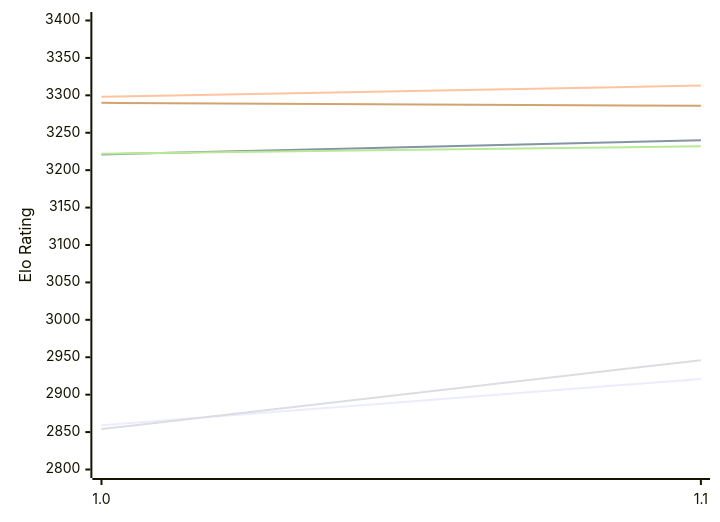
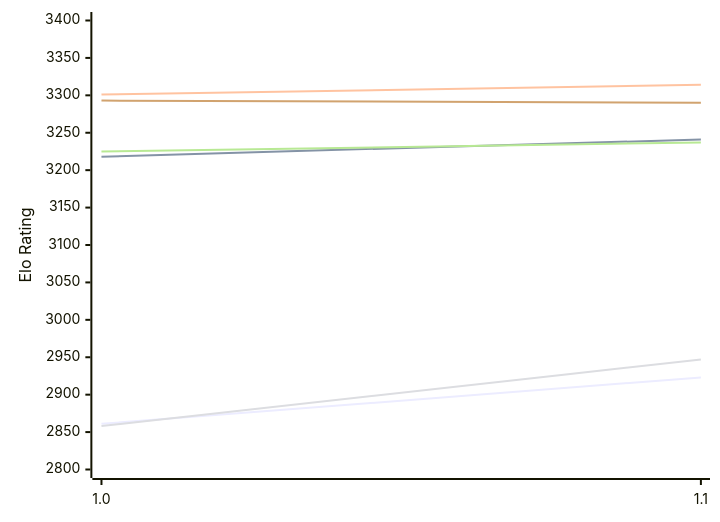
The first of 2 diagrams in engines/RodentV.md (computer-chess-index/cci), drawn with Mermaid before and after one commit. The commit also changed other lines of this file, not shown here.

Commit message:
Update CCI Ratings (ELO VLTC) - 2026-11-24

````diff
--- a/engines/RodentV.md
+++ b/engines/RodentV.md
@@ -50,12 +50,12 @@
 ```mermaid
 %%{init: {"theme":"base","themeVariables":{"seriesColors:['#a3a3a3','#222221','#faa371']}}}%%
 xychart-beta
   x-axis ["1.0", "1.1"]
   y-axis "Elo Rating" 2800 --> 3400
-  line "E1: STC (8.0+0.08s)" [2859, 2921]
-  line "E1: LTC (60.0+0.60s)" [3221, 3240]
-  line "E1: VLTC (2m24s+1.12s)" [3298, 3313]
-  line "P1: STC (8.0+0.08s)" [2854, 2946]
-  line "P1: LTC (60.0+0.60s)" [3222, 3232]
-  line "P1: VLTC (2m24s+1.12s)" [3290, 3286]
+  line "E1: STC (8.0+0.08s)" [2861, 2923]
+  line "E1: LTC (60.0+0.60s)" [3218, 3241]
+  line "E1: VLTC (2m24s+1.12s)" [3301, 3314]
+  line "P1: STC (8.0+0.08s)" [2858, 2947]
+  line "P1: LTC (60.0+0.60s)" [3225, 3237]
+  line "P1: VLTC (2m24s+1.12s)" [3293, 3290]
 ```
````
